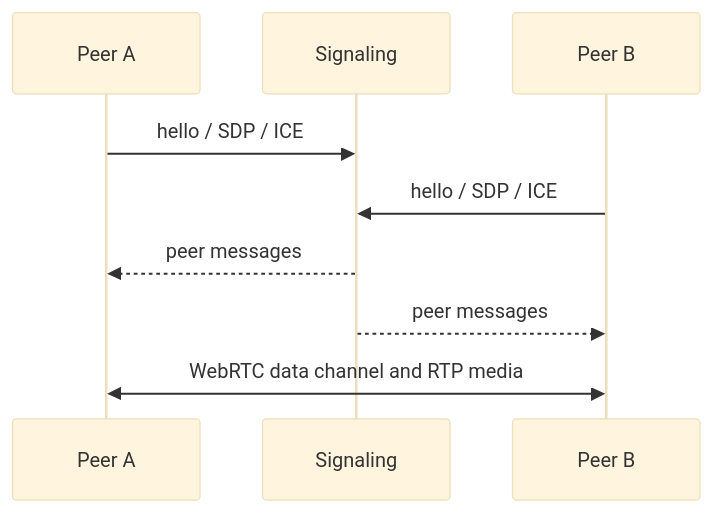
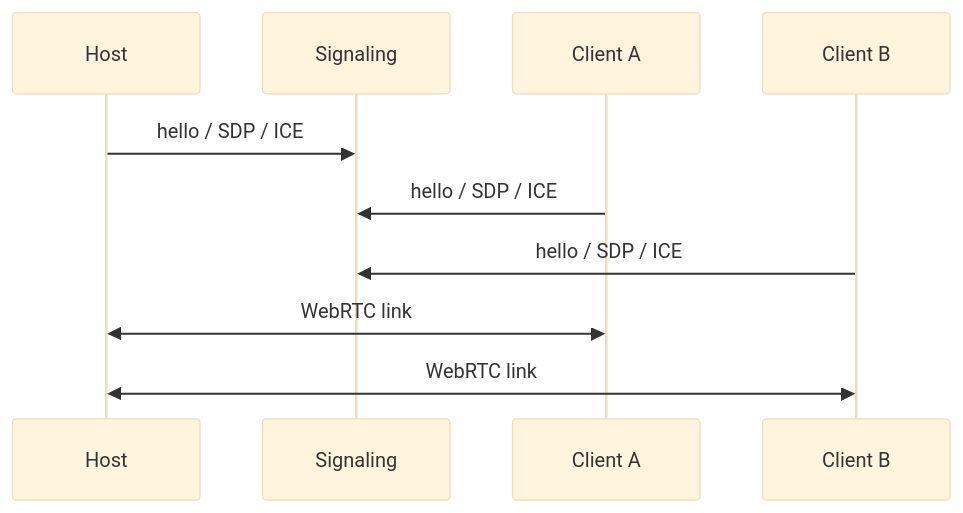
The diagram in docs/transports/webrtc.mdx (luxai-qtrobot/magpie-doc), drawn with Mermaid (base theme) before and after one commit. The commit also changed other lines of this file and 3 other files, not shown here.

````diff
--- a/docs/transports/webrtc.mdx
+++ b/docs/transports/webrtc.mdx
@@ -13,11 +13,12 @@
 ```mermaid
 sequenceDiagram
-    participant A as Peer A
+    participant H as Host
     participant S as Signaling
-    participant B as Peer B
+    participant A as Client A
+    participant B as Client B
+    H->>S: hello / SDP / ICE
     A->>S: hello / SDP / ICE
     B->>S: hello / SDP / ICE
-    S-->>A: peer messages
-    S-->>B: peer messages
-    A<<->>B: WebRTC data channel and RTP media
+    H<<->>A: WebRTC link
+    H<<->>B: WebRTC link
 ```
````
